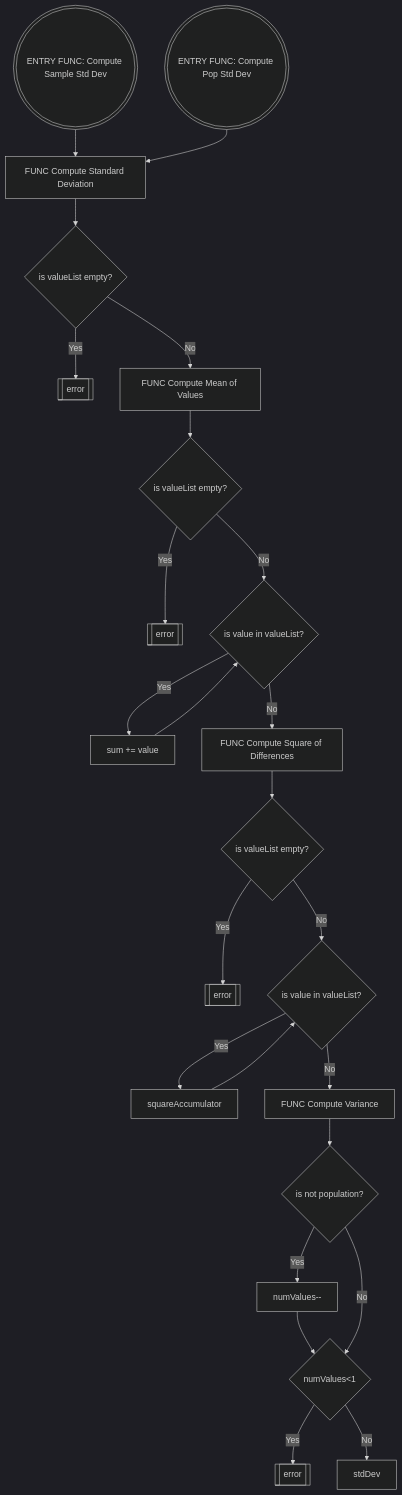
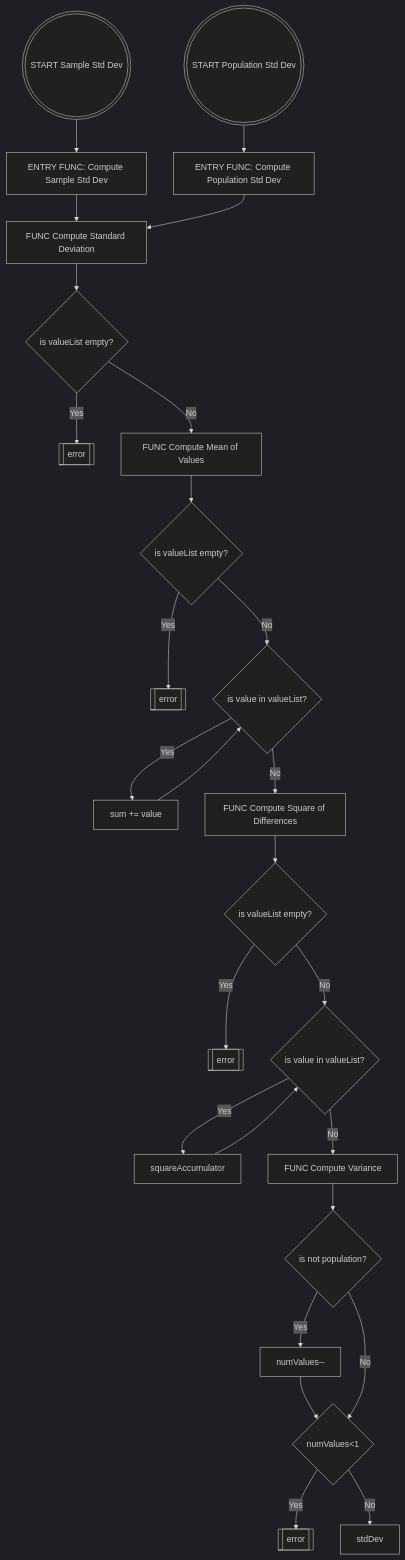
One commit to ninuljaja/SWE3643-Fall2024-Homework changed the diagram in Homework2/README.md. Above: the diagram before and after it, drawn with Mermaid (dark theme).

````diff
--- a/Homework2/README.md
+++ b/Homework2/README.md
@@ -7,34 +7,37 @@
      ```mermaid
      flowchart TD
-         
-         FuncA(((ENTRY FUNC: Compute Sample Std Dev))) --> FuncC
-         FuncB(((ENTRY FUNC: Compute Pop Std Dev))) --> FuncC
+        
+         StartA(((START Sample Std Dev))) --> FuncA
+         StartB(((START Population Std Dev))) --> FuncB
+              
+         FuncA[ENTRY FUNC: Compute Sample Std Dev] --> FuncC
+         FuncB[ENTRY FUNC: Compute Population Std Dev] --> FuncC
      
          FuncC[FUNC Compute Standard Deviation] --> isA
      
          isA{is valueList empty?} --> |Yes| errorA[[error]]
          isA --> |No|FuncD[FUNC Compute Mean of Values] --> isB
          
          isB{is valueList empty?} --> |Yes| errorB[[error]]
          isB --> |No| isC{is value in valueList?}
         
          isC --> |Yes| sumC[sum += value]
          sumC --> isC
          isC --> |No| FuncE[FUNC Compute Square of Differences] 
          FuncE --> isD{is valueList empty?}
          
          isD --> |Yes| errorD[[error]]
          isD --> |No| isE{is value in valueList?}
      
          isE --> |Yes| squareAccumulatorE[squareAccumulator]
          squareAccumulatorE --> isE
          isE --> |No| FuncF[FUNC Compute Variance]
          FuncF --> isF{is not population?}
          
          isF --> |Yes| numValuesF[numValues--] --> isG{numValues<1}
          isF --> |No| isG
      
          isG --> |Yes| errorG[[error]]
          isG --> |No| stdDev[stdDev]
 
      ```
````
